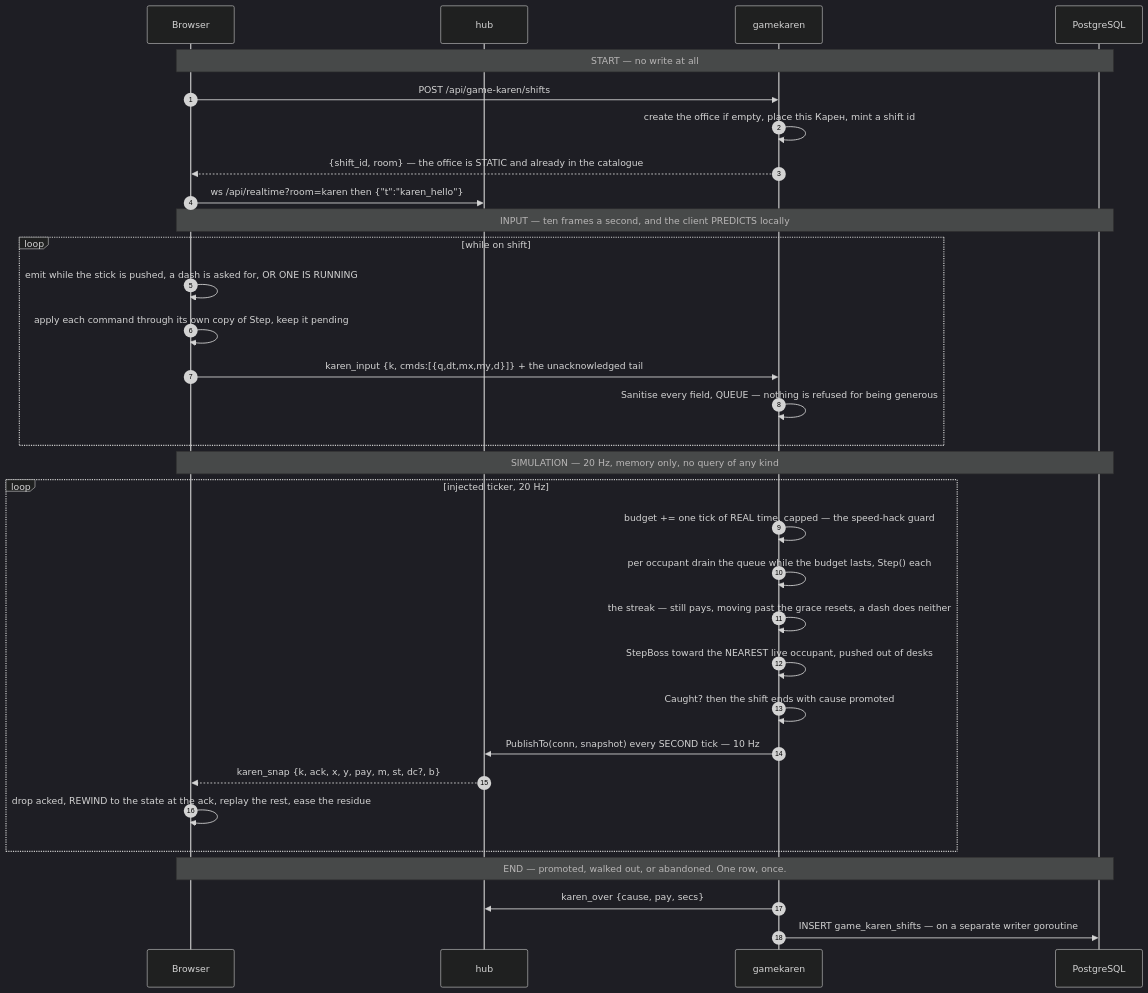
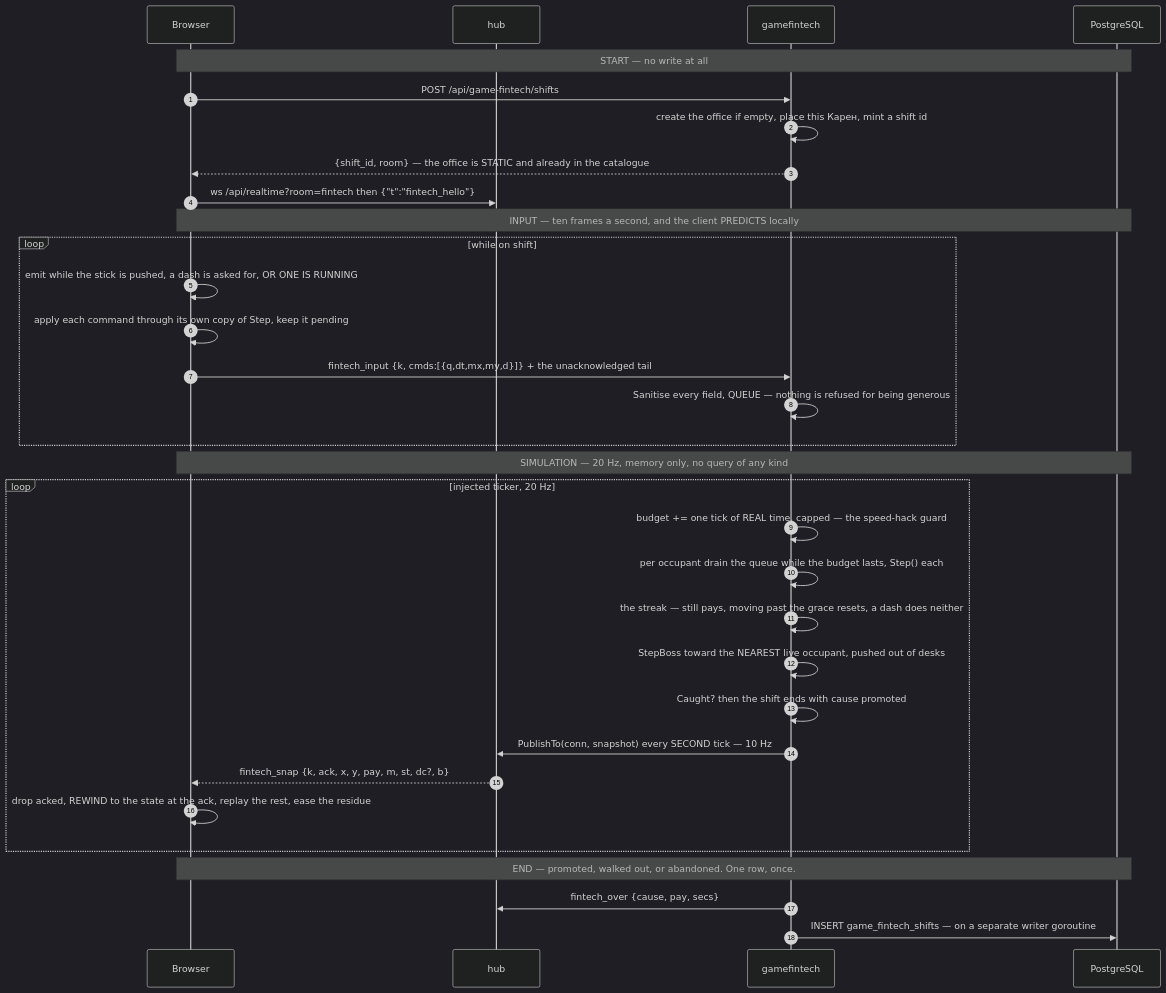
Before and after one commit to SergeyZSpb/psycho-space: the ninth of 13 diagrams in docs/ARCHITECTURE.md, drawn with Mermaid (dark theme). The commit also changed other lines of this file and 83 other files, not shown here.

````diff
--- a/docs/ARCHITECTURE.md
+++ b/docs/ARCHITECTURE.md
@@ -375,38 +375,38 @@
 ```mermaid
 sequenceDiagram
     autonumber
     participant B as Browser
     participant H as hub
-    participant G as gamekaren
+    participant G as gamefintech
     participant P as PostgreSQL
 
     Note over B,P: START — no write at all
-    B->>G: POST /api/game-karen/shifts
+    B->>G: POST /api/game-fintech/shifts
     G->>G: create the office if empty, place this Карен, mint a shift id
     G-->>B: {shift_id, room} — the office is STATIC and already in the catalogue
-    B->>H: ws /api/realtime?room=karen then {"t":"karen_hello"}
+    B->>H: ws /api/realtime?room=fintech then {"t":"fintech_hello"}
 
     Note over B,P: INPUT — ten frames a second, and the client PREDICTS locally
     loop while on shift
         B->>B: emit while the stick is pushed, a dash is asked for, OR ONE IS RUNNING
         B->>B: apply each command through its own copy of Step, keep it pending
-        B->>G: karen_input {k, cmds:[{q,dt,mx,my,d}]} + the unacknowledged tail
+        B->>G: fintech_input {k, cmds:[{q,dt,mx,my,d}]} + the unacknowledged tail
         G->>G: Sanitise every field, QUEUE — nothing is refused for being generous
     end
 
     Note over B,P: SIMULATION — 20 Hz, memory only, no query of any kind
     loop injected ticker, 20 Hz
         G->>G: budget += one tick of REAL time, capped — the speed-hack guard
         G->>G: per occupant drain the queue while the budget lasts, Step() each
         G->>G: the streak — still pays, moving past the grace resets, a dash does neither
         G->>G: StepBoss toward the NEAREST live occupant, pushed out of desks
         G->>G: Caught? then the shift ends with cause promoted
         G->>H: PublishTo(conn, snapshot) every SECOND tick — 10 Hz
-        H-->>B: karen_snap {k, ack, x, y, pay, m, st, dc?, b}
+        H-->>B: fintech_snap {k, ack, x, y, pay, m, st, dc?, b}
         B->>B: drop acked, REWIND to the state at the ack, replay the rest, ease the residue
     end
 
     Note over B,P: END — promoted, walked out, or abandoned. One row, once.
-    G->>H: karen_over {cause, pay, secs}
-    G->>P: INSERT game_karen_shifts — on a separate writer goroutine
+    G->>H: fintech_over {cause, pay, secs}
+    G->>P: INSERT game_fintech_shifts — on a separate writer goroutine
 ```
````
